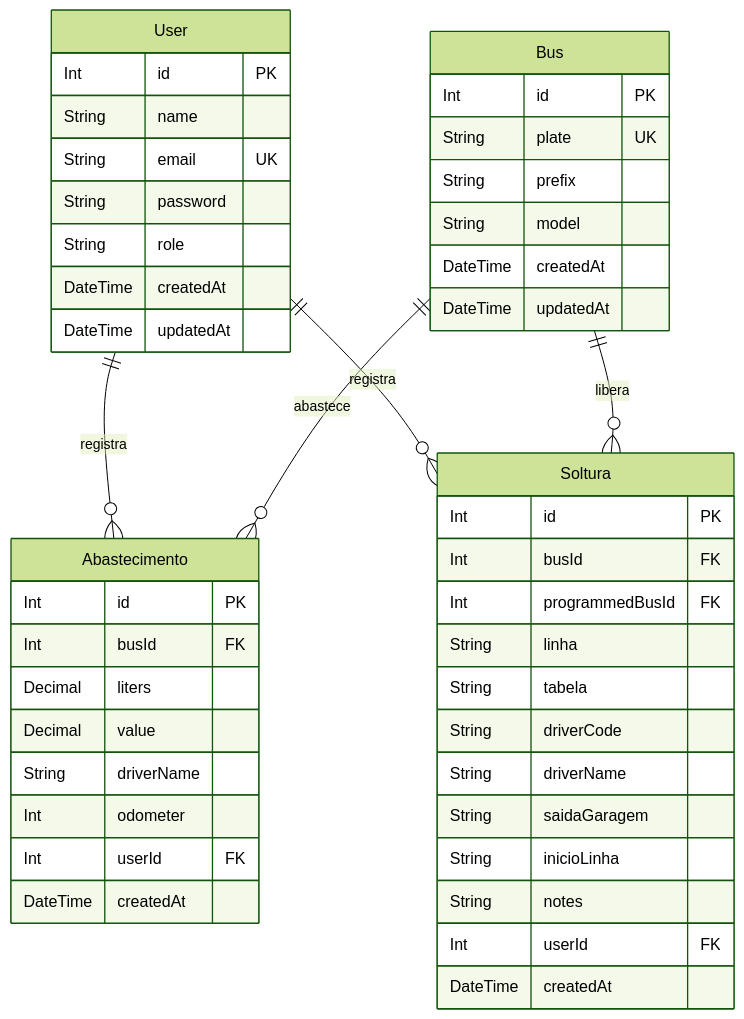
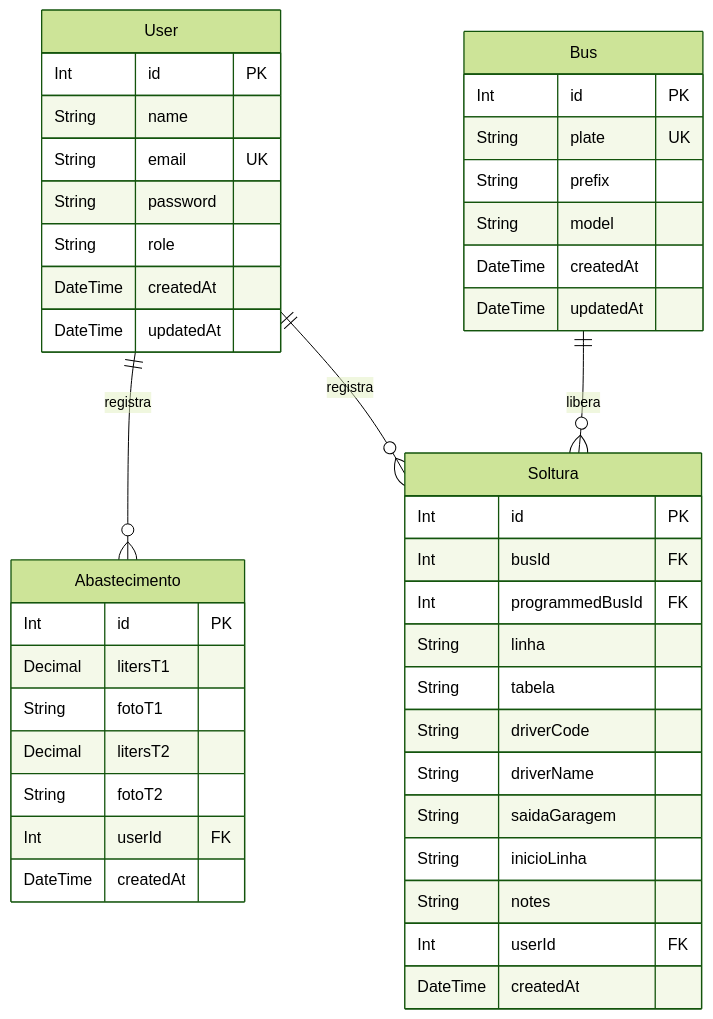
The diagram in DOCUMENTACAO.md (cgu-cg/sistema-garagem), drawn with Mermaid (forest theme) before and after one commit. The commit also changed other lines of this file and 46 other files, not shown here.

````diff
--- a/DOCUMENTACAO.md
+++ b/DOCUMENTACAO.md
@@ -47,52 +47,50 @@
 ```mermaid
 erDiagram
     User ||--o{ Abastecimento : "registra"
     User ||--o{ Soltura : "registra"
-    Bus ||--o{ Abastecimento : "abastece"
     Bus ||--o{ Soltura : "libera"
 
     User {
         Int id PK
         String name
         String email UK
         String password
         String role
         DateTime createdAt
         DateTime updatedAt
     }
 
     Bus {
         Int id PK
         String plate UK
         String prefix
         String model
         DateTime createdAt
         DateTime updatedAt
     }
 
     Abastecimento {
         Int id PK
-        Int busId FK
-        Decimal liters
-        Decimal value
-        String driverName
-        Int odometer
+        Decimal litersT1
+        String fotoT1
+        Decimal litersT2
+        String fotoT2
         Int userId FK
         DateTime createdAt
     }
 
     Soltura {
         Int id PK
         Int busId FK
         Int programmedBusId FK
         String linha
         String tabela
         String driverCode
         String driverName
         String saidaGaragem
         String inicioLinha
         String notes
         Int userId FK
         DateTime createdAt
     }
 ```
````
